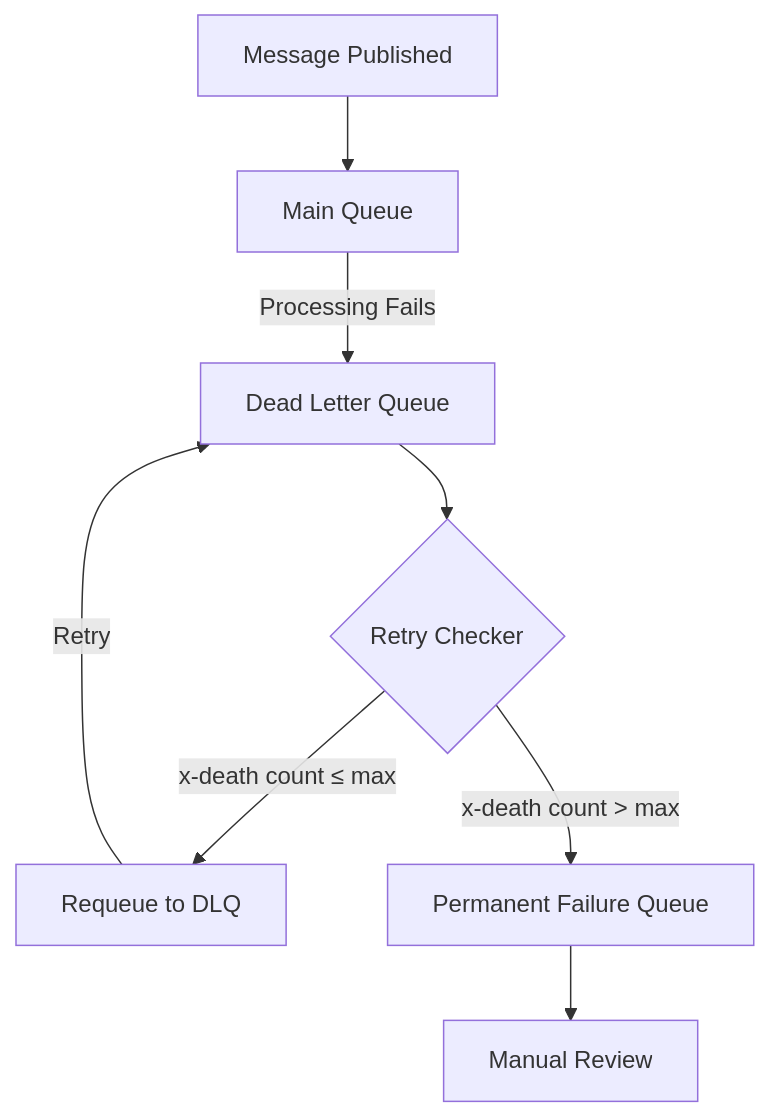
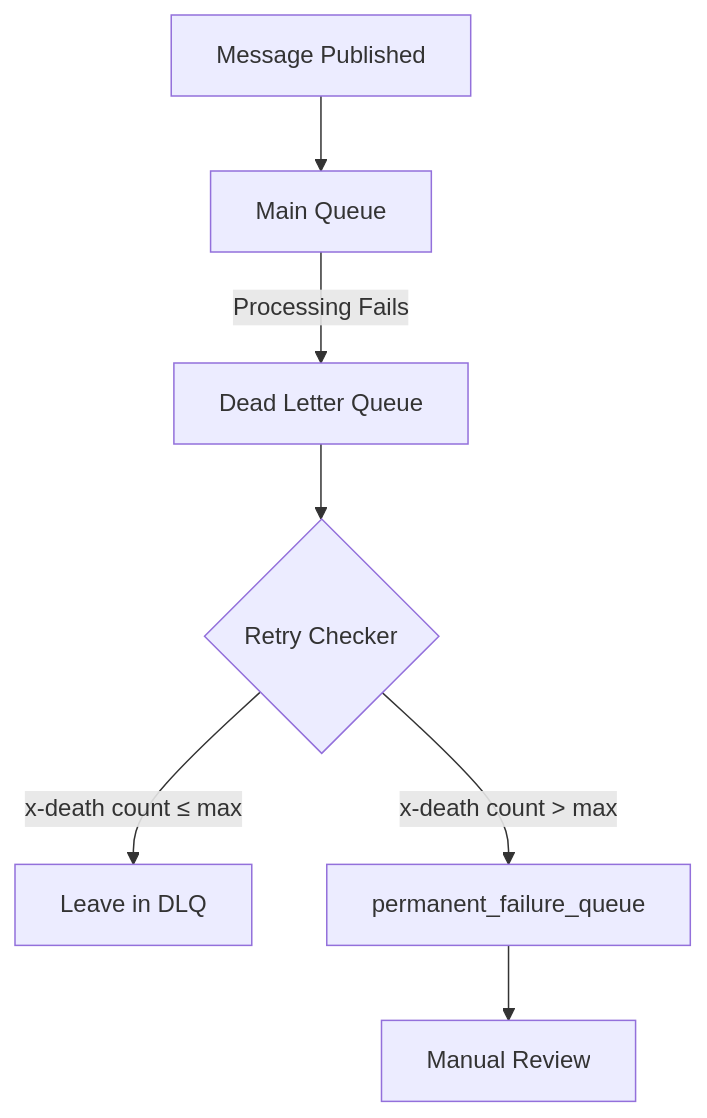
Before and after one commit to Re4zOon/rmq-retry-checker: the first of 3 diagrams in docs/architecture.md, drawn with Mermaid. The commit also changed other lines of this file and 2 other files, not shown here.

Commit message:
Address review feedback: fix terminology and config examples

````diff
--- a/docs/architecture.md
+++ b/docs/architecture.md
@@ -11,10 +11,9 @@
 ```mermaid
 flowchart TD
     A[Message Published] --> B[Main Queue]
     B -->|Processing Fails| C[Dead Letter Queue]
     C --> D{Retry Checker}
-    D -->|x-death count ≤ max| E[Requeue to DLQ]
-    D -->|x-death count > max| F[Permanent Failure Queue]
-    E -->|Retry| C
+    D -->|x-death count ≤ max| E[Leave in DLQ]
+    D -->|x-death count > max| F[permanent_failure_queue]
     F --> G[Manual Review]
 ```
````
